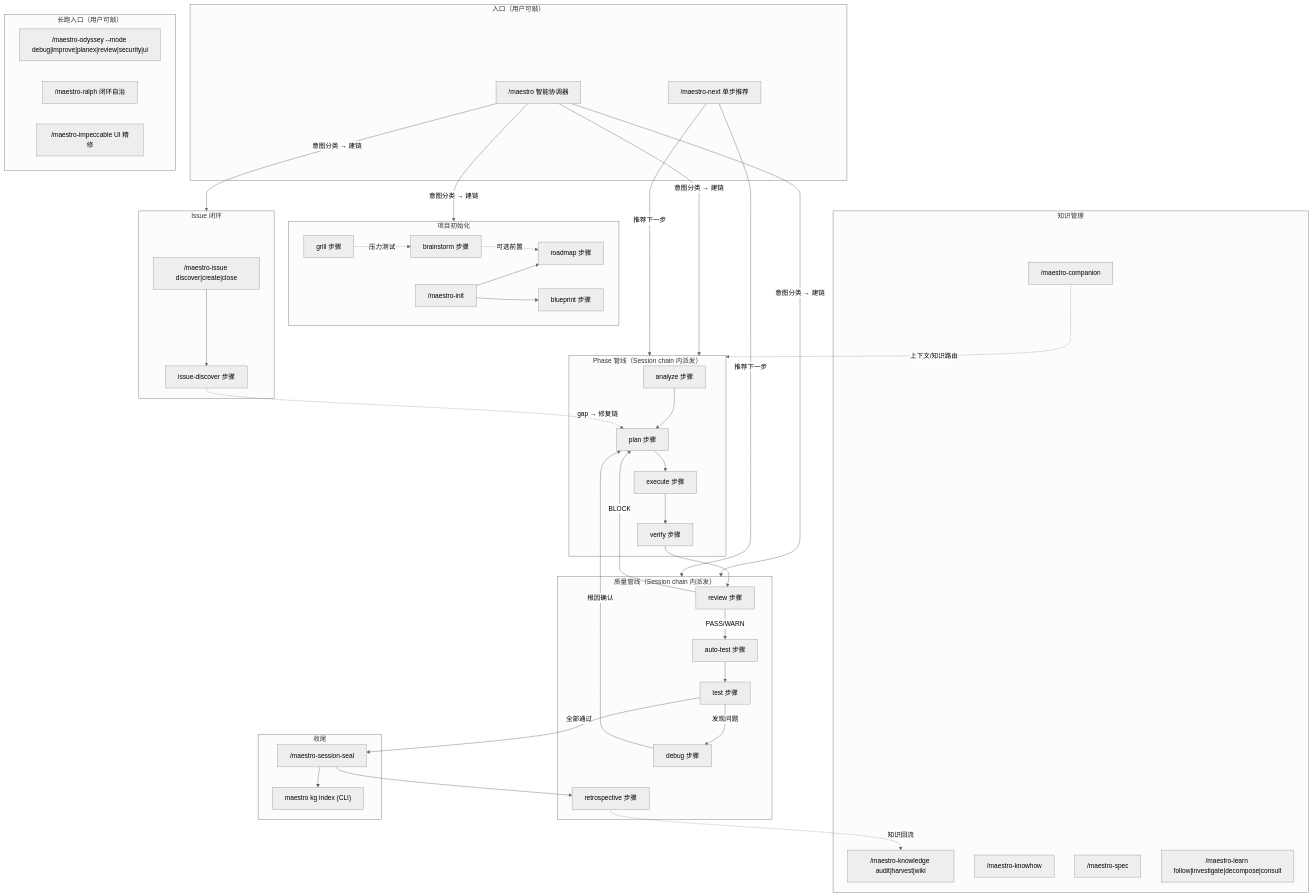
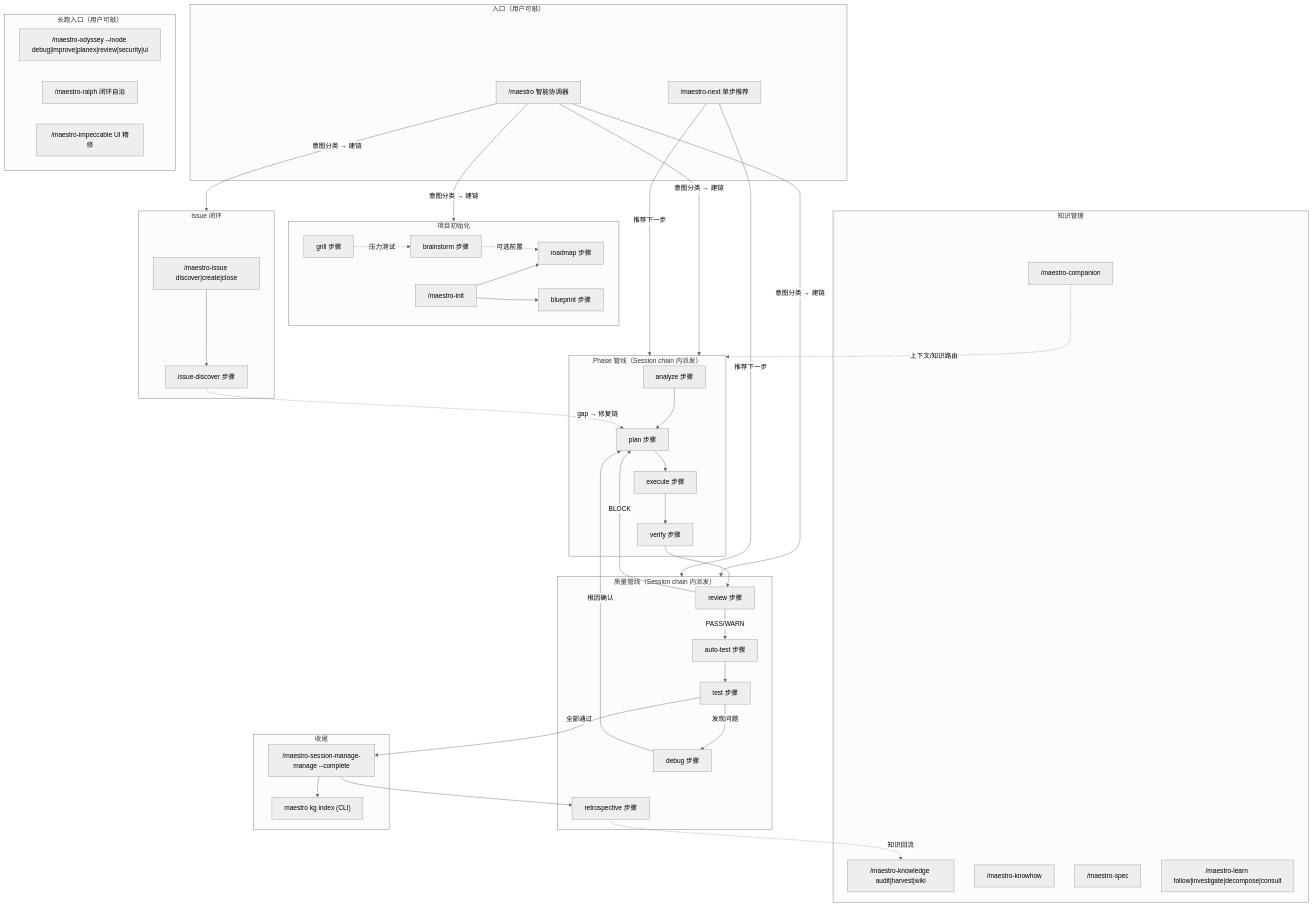
The first of 2 diagrams in guide/command-usage-guide.md (KatouRyuuji/maestro-flow), drawn with Mermaid (neutral theme) before and after one commit. The commit also changed other lines of this file and 33 other files, not shown here.

First line of the commit message:
chore(workflows): rename maestro-session-seal to maestro-session-manage --complete

````diff
--- a/guide/command-usage-guide.md
+++ b/guide/command-usage-guide.md
@@ -29,81 +29,81 @@
 ```mermaid
 graph TB
     subgraph entry["入口（用户可敲）"]
         M["/maestro 智能协调器"]
         NX["/maestro-next 单步推荐"]
     end
 
     subgraph campaign["长跑入口（用户可敲）"]
         OD["/maestro-odyssey --mode debug|improve|planex|review|security|ui"]
         RA["/maestro-ralph 闭环自治"]
         IMP["/maestro-impeccable UI 精修"]
     end
 
     subgraph setup["项目初始化"]
         INIT["/maestro-init"]
         BSs["brainstorm 步骤"]
         GRs["grill 步骤"]
         RMs["roadmap 步骤"]
         BPs["blueprint 步骤"]
     end
 
     subgraph pipeline["Phase 管线（Session chain 内派发）"]
         ANs["analyze 步骤"]
         PLs["plan 步骤"]
         EXs["execute 步骤"]
         VFs["verify 步骤"]
     end
 
     subgraph quality["质量管线（Session chain 内派发）"]
         RVs["review 步骤"]
         ATs["auto-test 步骤"]
         TSs["test 步骤"]
         DBs["debug 步骤"]
         RTs["retrospective 步骤"]
     end
 
     subgraph issue["Issue 闭环"]
         ISS["/maestro-issue discover|create|close"]
         IDs["issue-discover 步骤"]
     end
 
     subgraph knowledge["知识管理"]
         CP["/maestro-companion"]
         KN["/maestro-knowledge audit|harvest|wiki"]
         KH["/maestro-knowhow"]
         SP["/maestro-spec"]
         LN["/maestro-learn follow|investigate|decompose|consult"]
     end
 
     subgraph seal["收尾"]
-        SL["/maestro-session-seal"]
+        SL["/maestro-session-manage-manage --complete"]
         KGI["maestro kg index (CLI)"]
     end
 
     M -->|意图分类 → 建链| setup
     M -->|意图分类 → 建链| pipeline
     M -->|意图分类 → 建链| quality
     M -->|意图分类 → 建链| issue
     NX -->|推荐下一步| pipeline
     NX -->|推荐下一步| quality
 
     INIT --> RMs
     INIT --> BPs
     BSs -.->|可选前置| RMs
     GRs -.->|压力测试| BSs
 
     ANs --> PLs --> EXs --> VFs
     VFs --> RVs
     RVs -->|PASS/WARN| ATs --> TSs
     RVs -->|BLOCK| PLs
     TSs -->|发现问题| DBs
     DBs -->|根因确认| PLs
     ISS --> IDs
     IDs -.->|gap → 修复链| PLs
 
     TSs -->|全部通过| SL
     SL --> RTs
     SL --> KGI
     RTs -.->|知识回流| KN
     CP -.->|上下文/知识路由| pipeline
 ```
````
